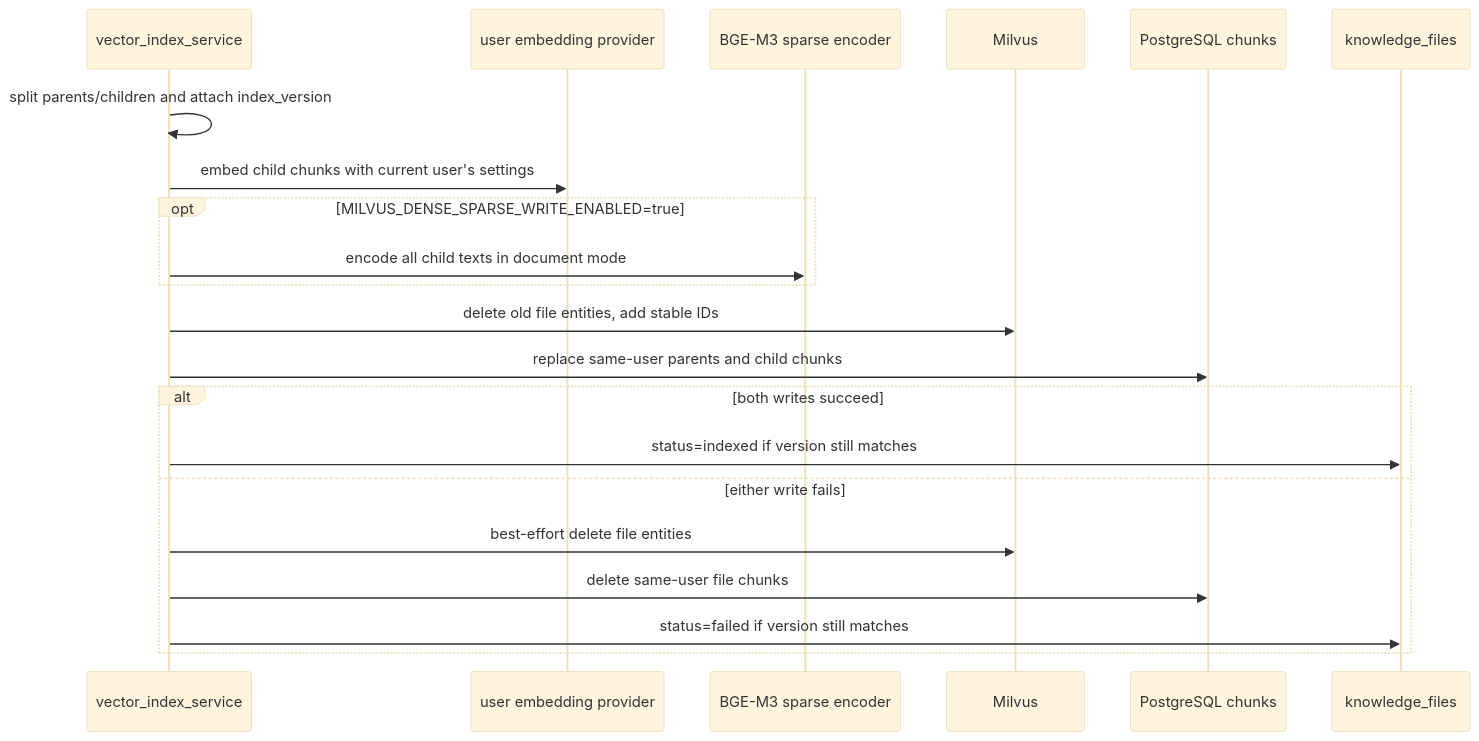
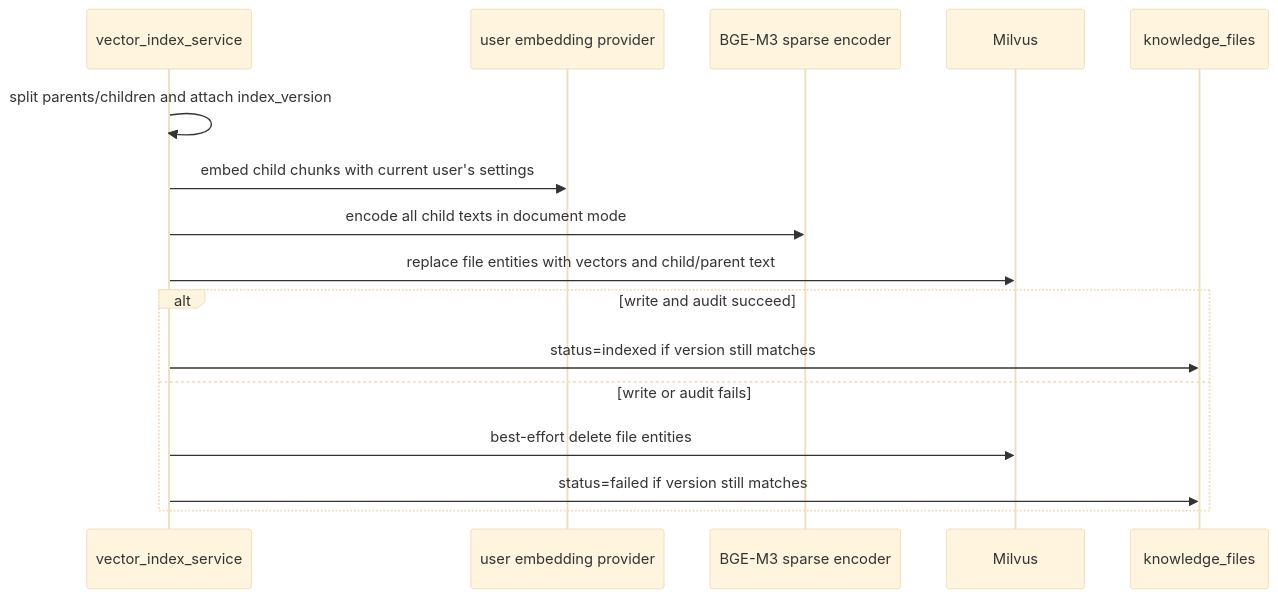
One commit to Looball/firstRag changed the sixth of 6 diagrams in docs/tutorials/FILE_INGESTION_AND_INDEXING.md. Above: the diagram before and after it, drawn with Mermaid (base theme). The commit also changed other lines of this file and 85 other files, not shown here.

First line of the commit message:
Move retrieval text storage to Milvus (#65)

````diff
--- a/docs/tutorials/FILE_INGESTION_AND_INDEXING.md
+++ b/docs/tutorials/FILE_INGESTION_AND_INDEXING.md
@@ -463,24 +461,19 @@
 ```mermaid
 sequenceDiagram
     participant Indexer as vector_index_service
     participant Embed as user embedding provider
     participant Sparse as BGE-M3 sparse encoder
     participant Vector as Milvus
-    participant PG as PostgreSQL chunks
     participant File as knowledge_files
 
     Indexer->>Indexer: split parents/children and attach index_version
     Indexer->>Embed: embed child chunks with current user's settings
-    opt MILVUS_DENSE_SPARSE_WRITE_ENABLED=true
-        Indexer->>Sparse: encode all child texts in document mode
-    end
-    Indexer->>Vector: delete old file entities, add stable IDs
-    Indexer->>PG: replace same-user parents and child chunks
-    alt both writes succeed
+    Indexer->>Sparse: encode all child texts in document mode
+    Indexer->>Vector: replace file entities with vectors and child/parent text
+    alt write and audit succeed
         Indexer->>File: status=indexed if version still matches
-    else either write fails
+    else write or audit fails
         Indexer->>Vector: best-effort delete file entities
-        Indexer->>PG: delete same-user file chunks
         Indexer->>File: status=failed if version still matches
     end
 ```
````
